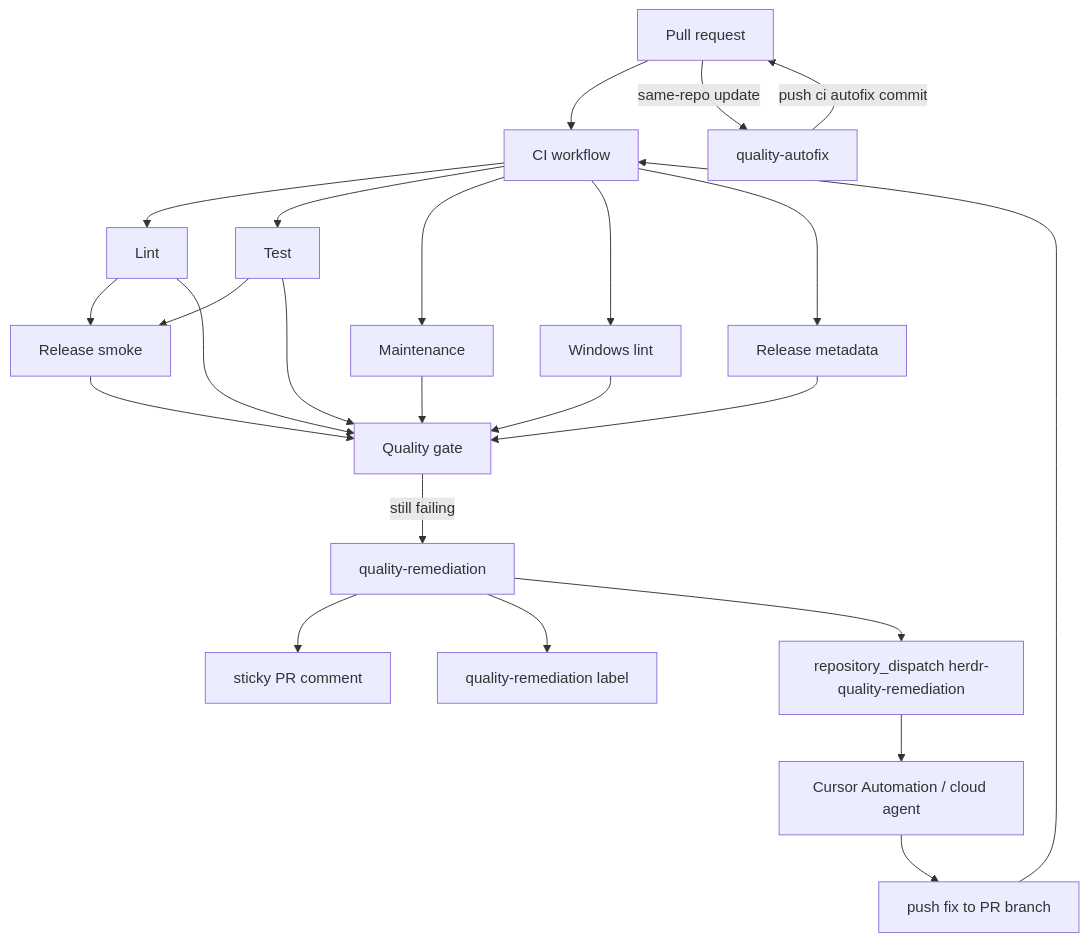
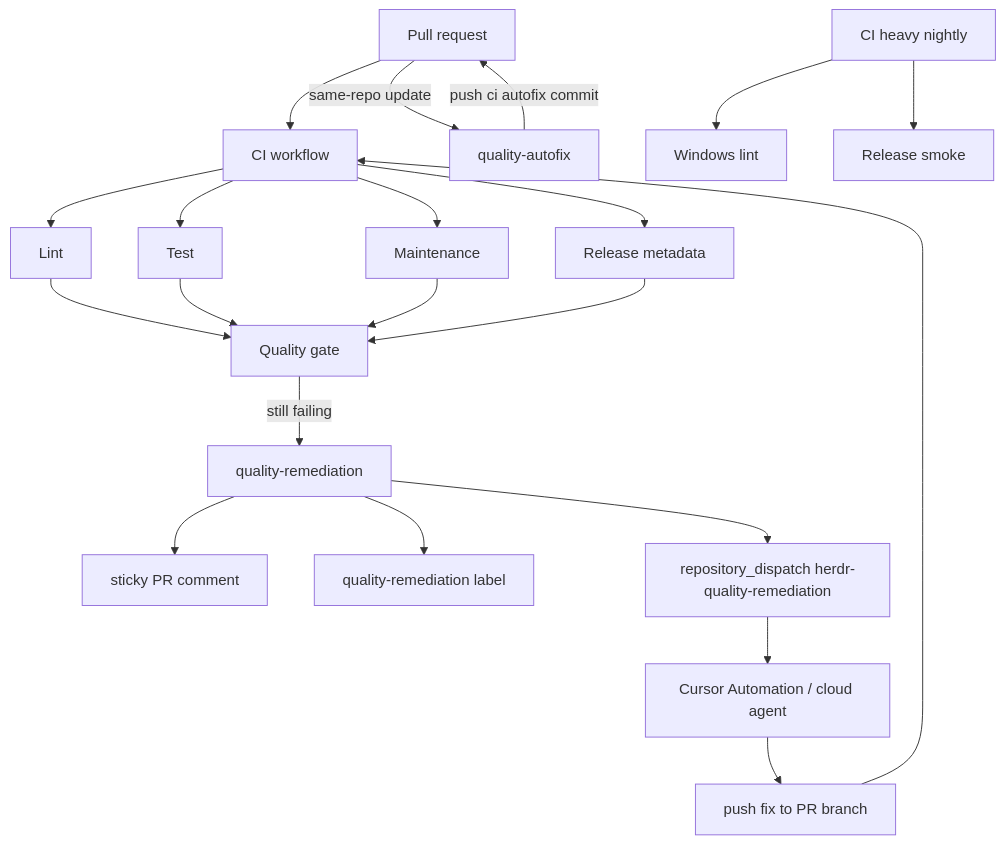
One commit to GroepOnline/herdr changed the diagram in .github/quality-ci.md. Above: the diagram before and after it, drawn with Mermaid. The commit also changed other lines of this file and 25 other files, not shown here.

````diff
--- a/.github/quality-ci.md
+++ b/.github/quality-ci.md
@@ -7,26 +7,23 @@
 ```mermaid
 flowchart TD
     PR[Pull request] --> CI[CI workflow]
     PR -->|same-repo update| Autofix[quality-autofix]
     CI --> Lint[Lint]
     CI --> Test[Test]
     CI --> Maint[Maintenance]
-    CI --> Win[Windows lint]
     CI --> Meta[Release metadata]
-    Lint --> Smoke[Release smoke]
-    Test --> Smoke
     Lint --> Gate[Quality gate]
     Test --> Gate
     Maint --> Gate
-    Win --> Gate
     Meta --> Gate
-    Smoke --> Gate
     Gate -->|still failing| Remediation[quality-remediation]
+    Heavy[CI heavy nightly] --> Win[Windows lint]
+    Heavy --> Smoke[Release smoke]
     Autofix -->|push ci autofix commit| PR
     Remediation --> Comment[sticky PR comment]
     Remediation --> Label[quality-remediation label]
     Remediation --> Dispatch[repository_dispatch herdr-quality-remediation]
     Dispatch --> Cursor[Cursor Automation / cloud agent]
     Cursor --> Fix[push fix to PR branch]
     Fix --> CI
 ```
````
